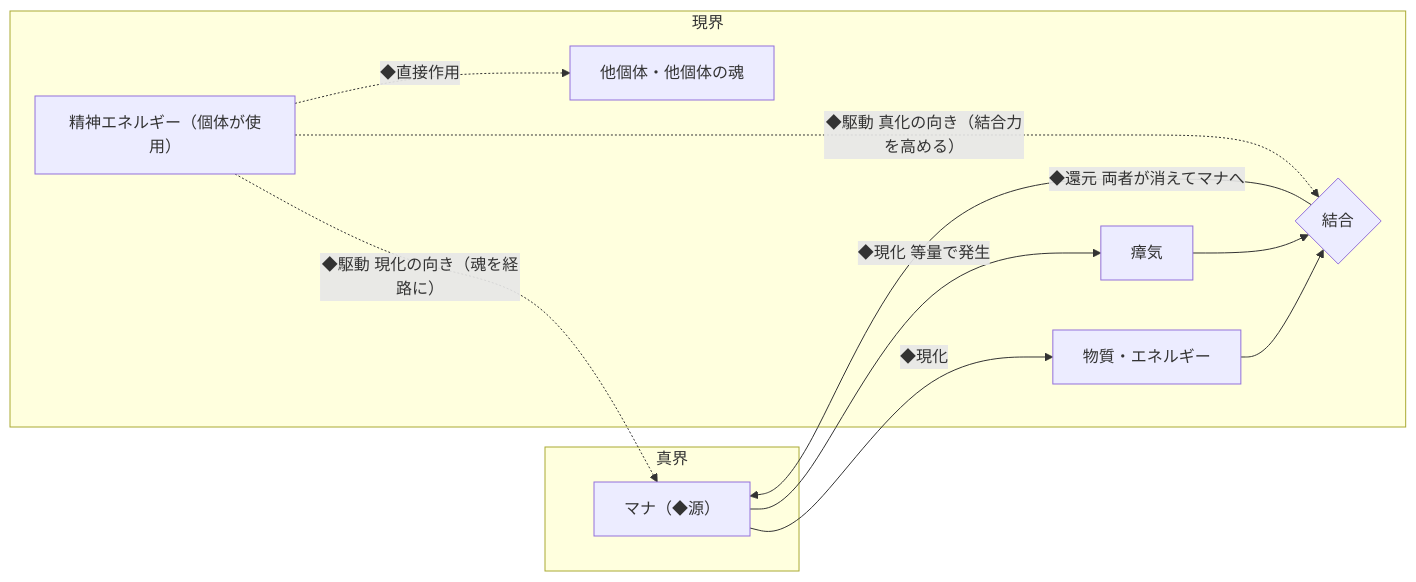
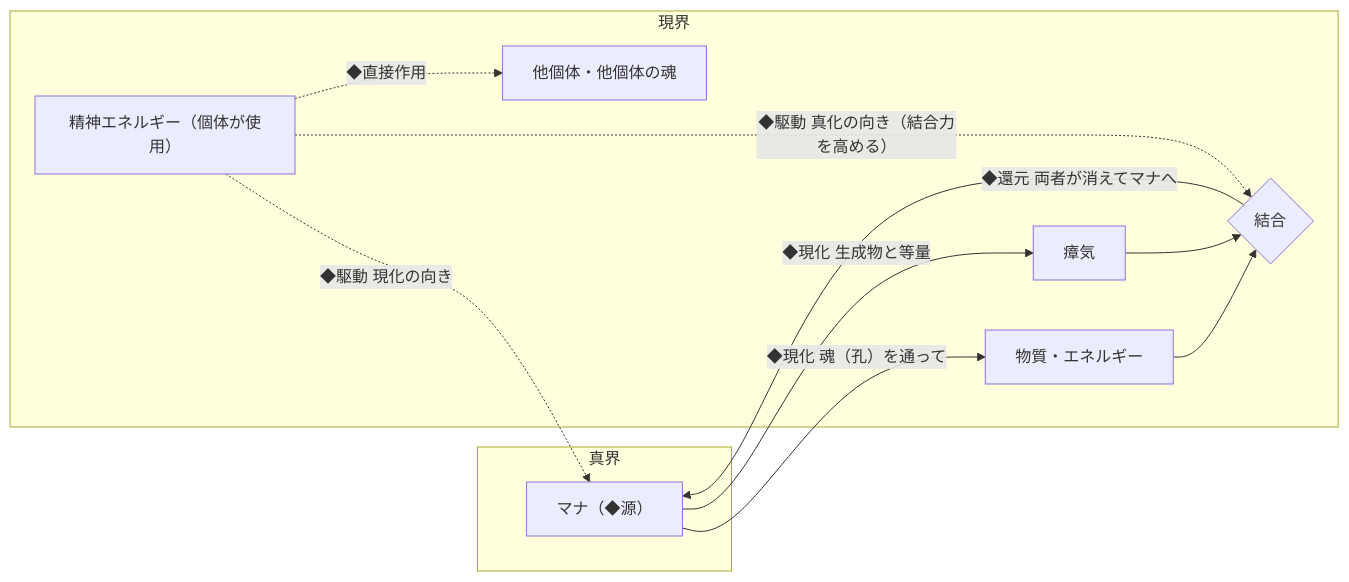
One commit to nnnstett/WorldMaterial_Mana changed the first of 2 diagrams in world/README.md. Above: the diagram before and after it, drawn with Mermaid. The commit also changed other lines of this file, not shown here.

````diff
--- a/world/README.md
+++ b/world/README.md
@@ -23,21 +23,21 @@
 ```mermaid
 flowchart LR
   subgraph S["真界"]
     M["マナ（◆源）"]
   end
   subgraph G["現界"]
     P["物質・エネルギー"]
     Z["瘴気"]
     B{"結合"}
     E["精神エネルギー（個体が使用）"]
     O["他個体・他個体の魂"]
   end
-  M -->|"◆現化"| P
-  M -->|"◆現化 等量で発生"| Z
+  M -->|"◆現化 魂（孔）を通って"| P
+  M -->|"◆現化 生成物と等量"| Z
   P --> B
   Z --> B
   B -->|"◆還元 両者が消えてマナへ"| M
-  E -.->|"◆駆動 現化の向き（魂を経路に）"| M
+  E -.->|"◆駆動 現化の向き"| M
   E -.->|"◆駆動 真化の向き（結合力を高める）"| B
   E -.->|"◆直接作用"| O
 ```
````
